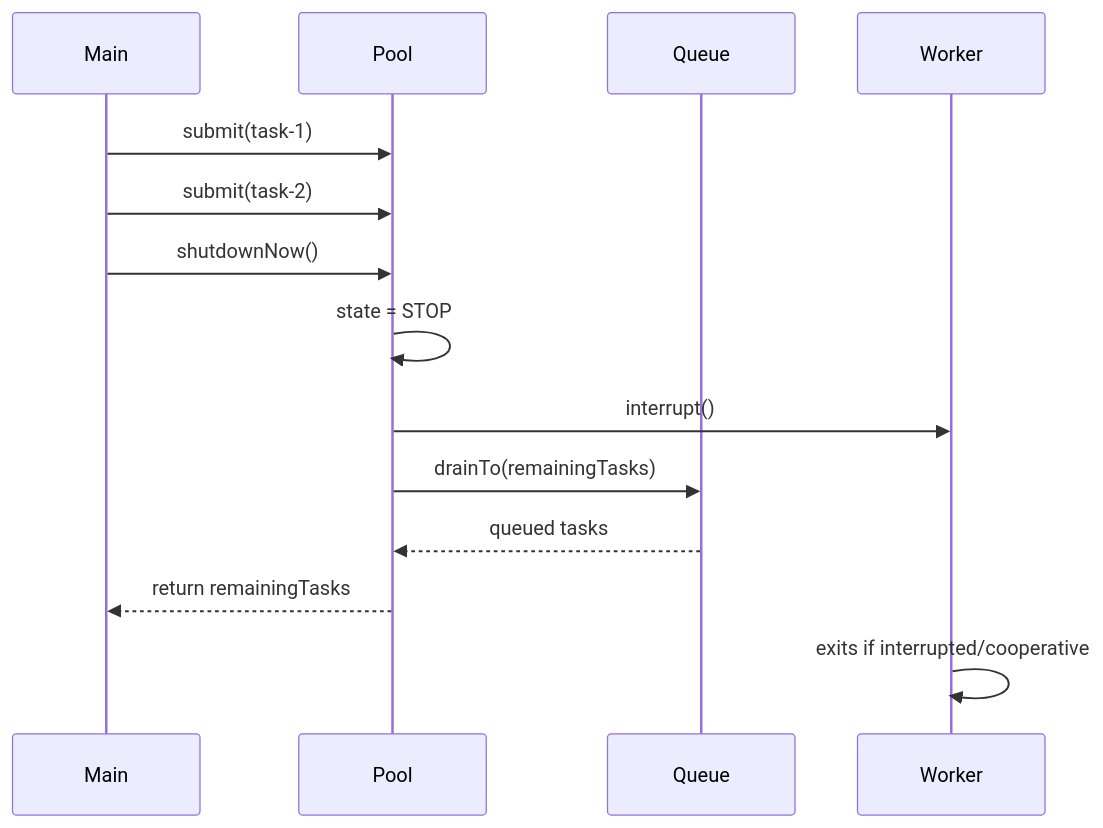
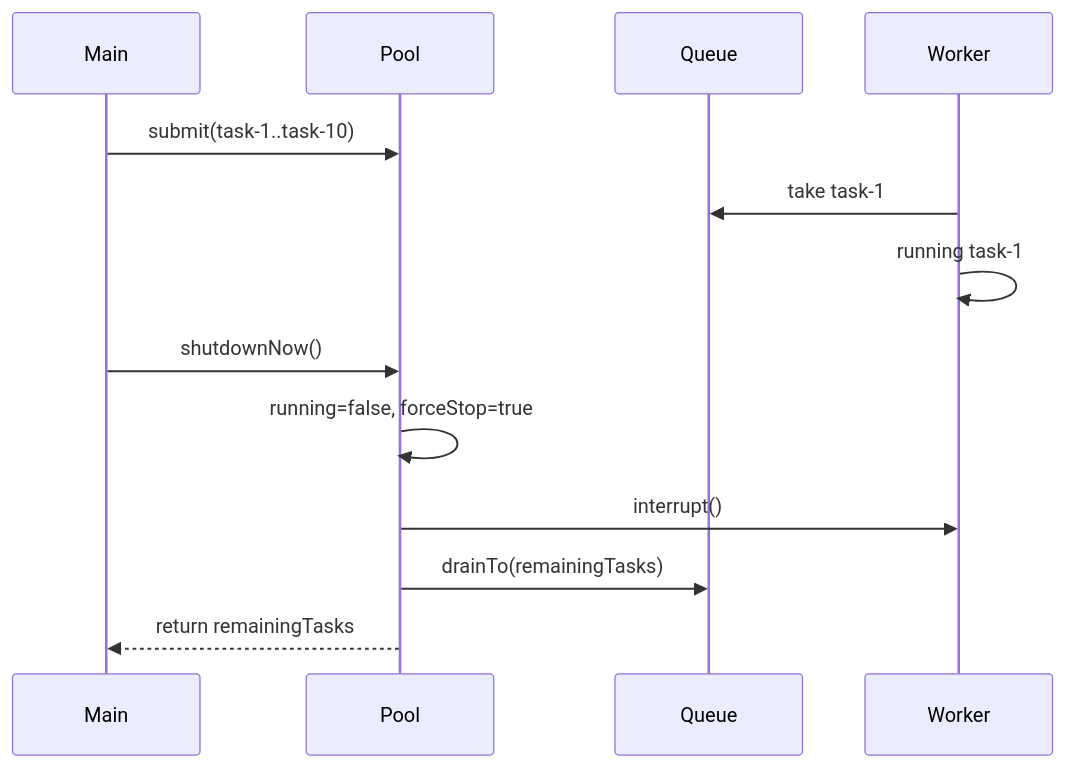
The fourth of 8 diagrams in HLD_NOTES/006_MINI_PROJECTS/001_ThreadPool.md (mthaiseer/springcloud-systemdesign-notes), drawn with Mermaid before and after one commit. The commit also changed other lines of this file and 2 other files, not shown here.

````diff
--- a/HLD_NOTES/006_MINI_PROJECTS/001_ThreadPool.md
+++ b/HLD_NOTES/006_MINI_PROJECTS/001_ThreadPool.md
@@ -1346,17 +1497,16 @@
 ```mermaid
 sequenceDiagram
     participant Main
     participant Pool
     participant Queue
     participant Worker
 
-    Main->>Pool: submit(task-1)
-    Main->>Pool: submit(task-2)
+    Main->>Pool: submit(task-1..task-10)
+    Worker->>Queue: take task-1
+    Worker->>Worker: running task-1
     Main->>Pool: shutdownNow()
-    Pool->>Pool: state = STOP
+    Pool->>Pool: running=false, forceStop=true
     Pool->>Worker: interrupt()
     Pool->>Queue: drainTo(remainingTasks)
-    Queue-->>Pool: queued tasks
     Pool-->>Main: return remainingTasks
-    Worker->>Worker: exits if interrupted/cooperative
 ```
````
